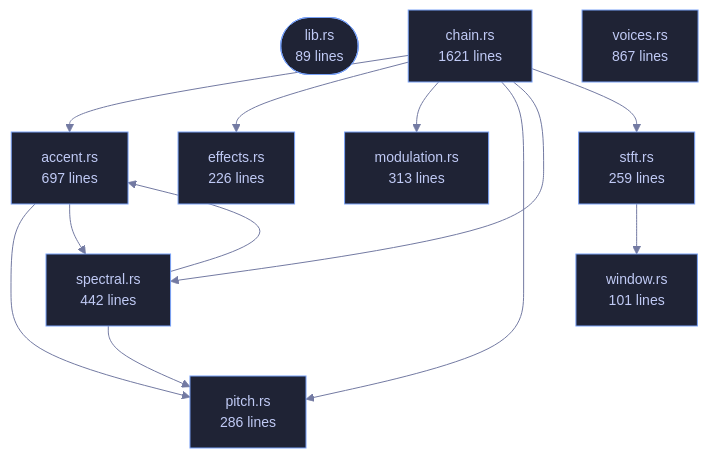
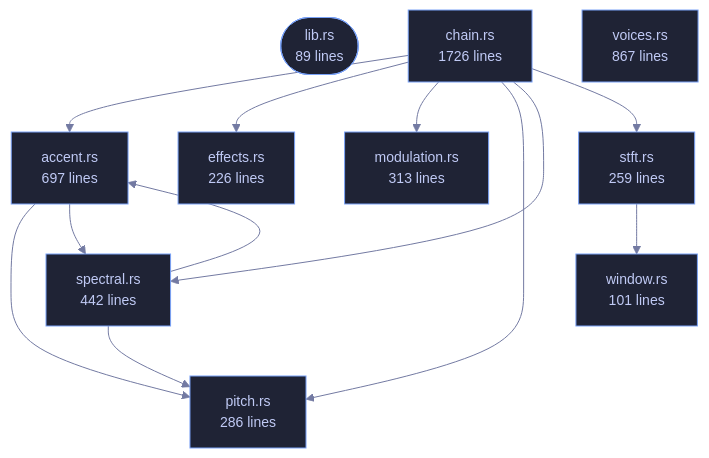
The diagram in crates/veilvoice-core/README.md (tilas01/veilvoice), drawn with Mermaid before and after one commit. The commit also changed other lines of this file and 27 other files, not shown here.

````diff
--- a/crates/veilvoice-core/README.md
+++ b/crates/veilvoice-core/README.md
@@ -105,35 +105,35 @@
 ```mermaid
 %%{init: {"theme":"base","themeVariables":{"background":"#1a1b26","primaryColor":"#1f2335","primaryTextColor":"#c0caf5","primaryBorderColor":"#7aa2f7","secondaryColor":"#16161e","tertiaryColor":"#16161e","lineColor":"#737aa2","textColor":"#c0caf5","mainBkg":"#1f2335","nodeBorder":"#7aa2f7","clusterBkg":"#16161e","clusterBorder":"#2f3549","fontFamily":"ui-monospace, SFMono-Regular, Consolas, monospace","fontSize":"14px"}}}%%
 flowchart TD
     n_lib(["lib.rs<br/>89 lines"])
     n_accent["accent.rs<br/>697 lines"]
-    n_chain["chain.rs<br/>1621 lines"]
+    n_chain["chain.rs<br/>1726 lines"]
     n_effects["effects.rs<br/>226 lines"]
     n_modulation["modulation.rs<br/>313 lines"]
     n_pitch["pitch.rs<br/>286 lines"]
     n_spectral["spectral.rs<br/>442 lines"]
     n_stft["stft.rs<br/>259 lines"]
     n_voices["voices.rs<br/>867 lines"]
     n_window["window.rs<br/>101 lines"]
     n_accent --> n_pitch
     n_accent --> n_spectral
     n_chain --> n_accent
     n_chain --> n_effects
     n_chain --> n_modulation
     n_chain --> n_pitch
     n_chain --> n_spectral
     n_chain --> n_stft
     n_spectral --> n_accent
     n_spectral --> n_pitch
     n_stft --> n_window
     click n_lib href "https://github.com/tilas01/veilvoice/blob/main/crates/veilvoice-core/src/lib.rs" "open the source"
     click n_accent href "https://github.com/tilas01/veilvoice/blob/main/crates/veilvoice-core/src/accent.rs" "open the source"
     click n_chain href "https://github.com/tilas01/veilvoice/blob/main/crates/veilvoice-core/src/chain.rs" "open the source"
     click n_effects href "https://github.com/tilas01/veilvoice/blob/main/crates/veilvoice-core/src/effects.rs" "open the source"
     click n_modulation href "https://github.com/tilas01/veilvoice/blob/main/crates/veilvoice-core/src/modulation.rs" "open the source"
     click n_pitch href "https://github.com/tilas01/veilvoice/blob/main/crates/veilvoice-core/src/pitch.rs" "open the source"
     click n_spectral href "https://github.com/tilas01/veilvoice/blob/main/crates/veilvoice-core/src/spectral.rs" "open the source"
     click n_stft href "https://github.com/tilas01/veilvoice/blob/main/crates/veilvoice-core/src/stft.rs" "open the source"
     click n_voices href "https://github.com/tilas01/veilvoice/blob/main/crates/veilvoice-core/src/voices.rs" "open the source"
     click n_window href "https://github.com/tilas01/veilvoice/blob/main/crates/veilvoice-core/src/window.rs" "open the source"
 ```
````
